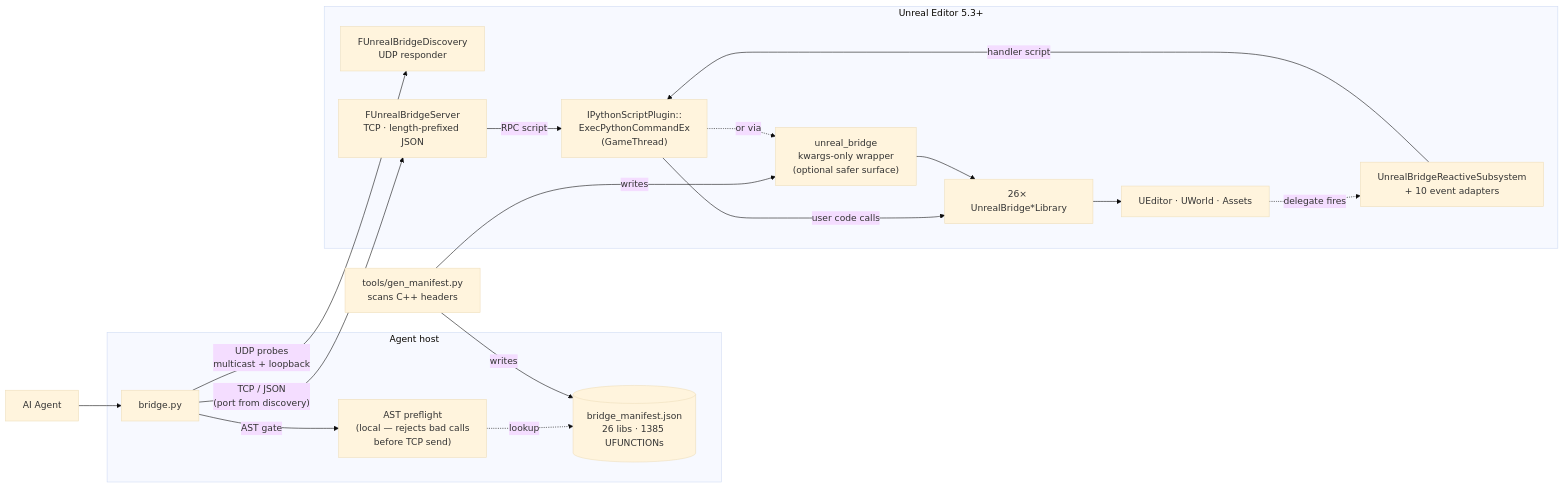
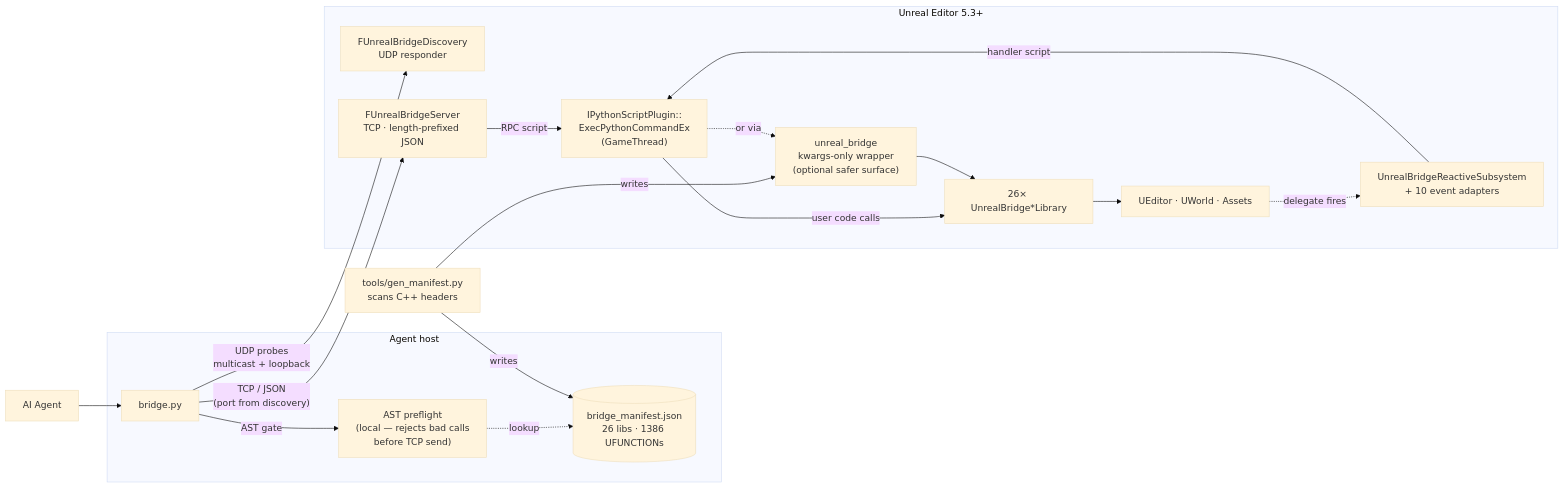
Before and after one commit to TornLux/UnrealBridge: the diagram in README.md, drawn with Mermaid (base theme). The commit also changed other lines of this file and 20 other files, not shown here.

````diff
--- a/README.md
+++ b/README.md
@@ -45,40 +45,40 @@
 ```mermaid
 flowchart LR
     Agent["AI Agent"]
 
     subgraph Host["Agent host"]
       CLI["bridge.py"]
       Pre["AST preflight<br/>(local — rejects bad calls<br/>before TCP send)"]
-      Mani[("bridge_manifest.json<br/>26 libs · 1385 UFUNCTIONs")]
+      Mani[("bridge_manifest.json<br/>26 libs · 1386 UFUNCTIONs")]
     end
 
     Gen["tools/gen_manifest.py<br/>scans C++ headers"]
 
     subgraph UE["Unreal Editor 5.3+"]
       Disc["FUnrealBridgeDiscovery<br/>UDP responder"]
       Server["FUnrealBridgeServer<br/>TCP · length-prefixed JSON"]
       Reactive["UnrealBridgeReactiveSubsystem<br/>+ 10 event adapters"]
       Exec["IPythonScriptPlugin::<br/>ExecPythonCommandEx<br/>(GameThread)"]
       Wrap["unreal_bridge<br/>kwargs-only wrapper<br/>(optional safer surface)"]
       Libs["26× UnrealBridge*Library"]
       Engine["UEditor · UWorld · Assets"]
     end
 
     Agent --> CLI
     CLI -- "AST gate" --> Pre
     Pre -. "lookup" .-> Mani
 
     Gen -- "writes" --> Mani
     Gen -- "writes" --> Wrap
 
     CLI -- "UDP probes<br/>multicast + loopback" --> Disc
     CLI -- "TCP / JSON<br/>(port from discovery)" --> Server
     Server -- "RPC script" --> Exec
     Engine -. "delegate fires" .-> Reactive
     Reactive -- "handler script" --> Exec
 
     Exec -- "user code calls" --> Libs
     Exec -. "or via" .-> Wrap
     Wrap --> Libs
     Libs --> Engine
 ```
````
